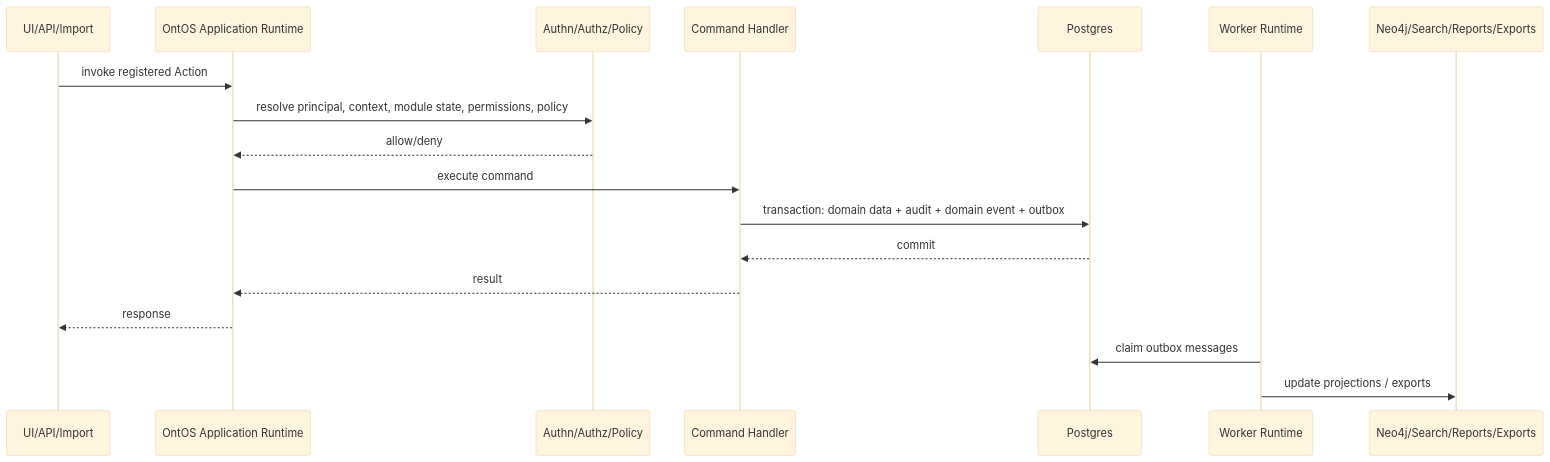
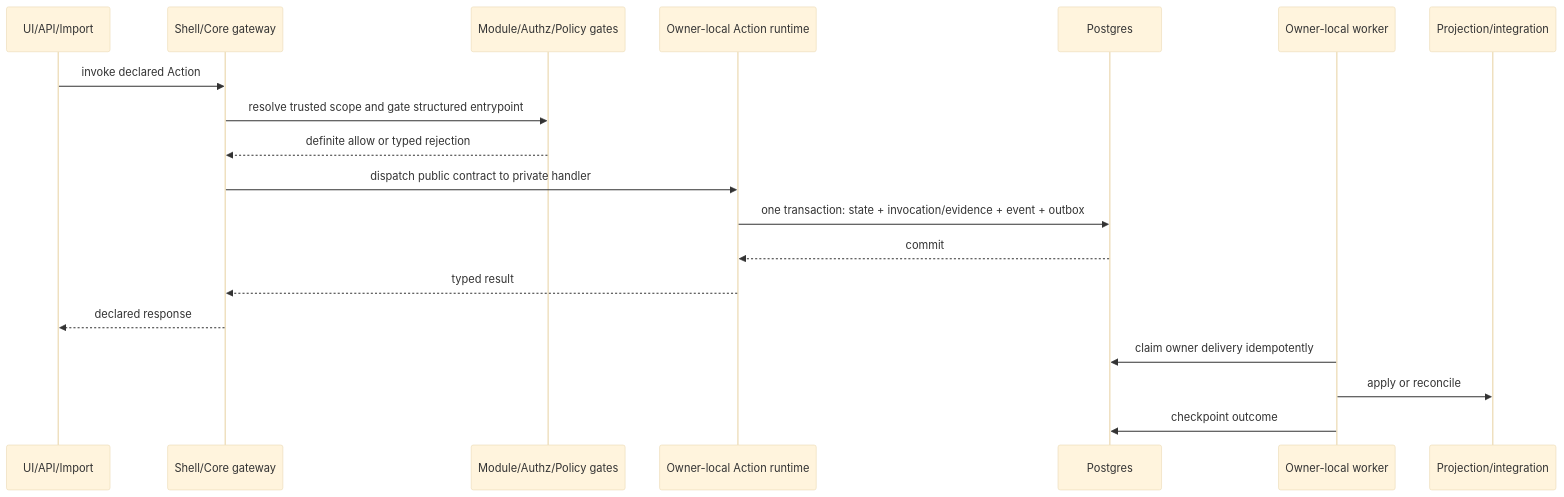
Before and after one commit to TechsioCZ/ontos: the diagram in docs/diagrams/runtime-action-flow.md, drawn with Mermaid (base theme). The commit also changed 67 other files, not shown here.

````diff
--- a/docs/diagrams/runtime-action-flow.md
+++ b/docs/diagrams/runtime-action-flow.md
@@ -3,21 +3,22 @@
 ```mermaid
 sequenceDiagram
-  participant UI as UI/API/Import
-  participant App as OntOS Application Runtime
-  participant Auth as Authn/Authz/Policy
-  participant Cmd as Command Handler
+  participant Caller as UI/API/Import
+  participant Core as Shell/Core gateway
+  participant Gate as Module/Authz/Policy gates
+  participant Owner as Owner-local Action runtime
   participant PG as Postgres
-  participant W as Worker Runtime
-  participant Proj as Neo4j/Search/Reports/Exports
+  participant Worker as Owner-local worker
+  participant SideEffect as Projection/integration
 
-  UI->>App: invoke registered Action
-  App->>Auth: resolve principal, context, module state, permissions, policy
-  Auth-->>App: allow/deny
-  App->>Cmd: execute command
-  Cmd->>PG: transaction: domain data + audit + domain event + outbox
-  PG-->>Cmd: commit
-  Cmd-->>App: result
-  App-->>UI: response
-  W->>PG: claim outbox messages
-  W->>Proj: update projections / exports
+  Caller->>Core: invoke declared Action
+  Core->>Gate: resolve trusted scope and gate structured entrypoint
+  Gate-->>Core: definite allow or typed rejection
+  Core->>Owner: dispatch public contract to private handler
+  Owner->>PG: one transaction: state + invocation/evidence + event + outbox
+  PG-->>Owner: commit
+  Owner-->>Core: typed result
+  Core-->>Caller: declared response
+  Worker->>PG: claim owner delivery idempotently
+  Worker->>SideEffect: apply or reconcile
+  Worker->>PG: checkpoint outcome
 ```
````
